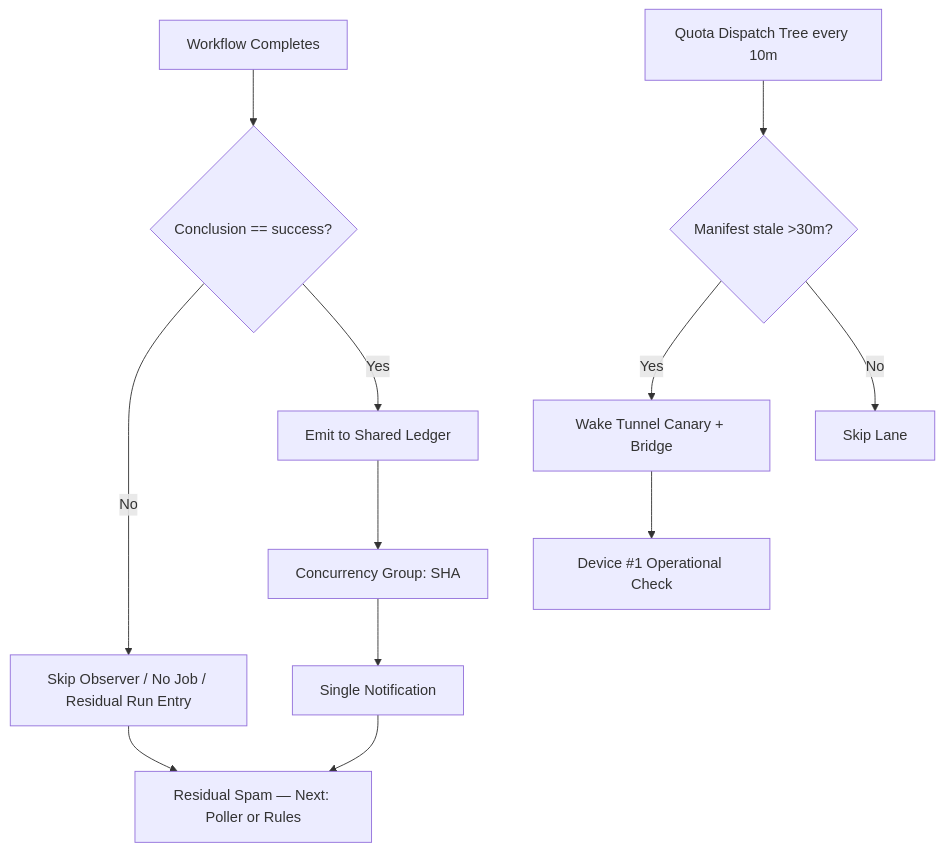
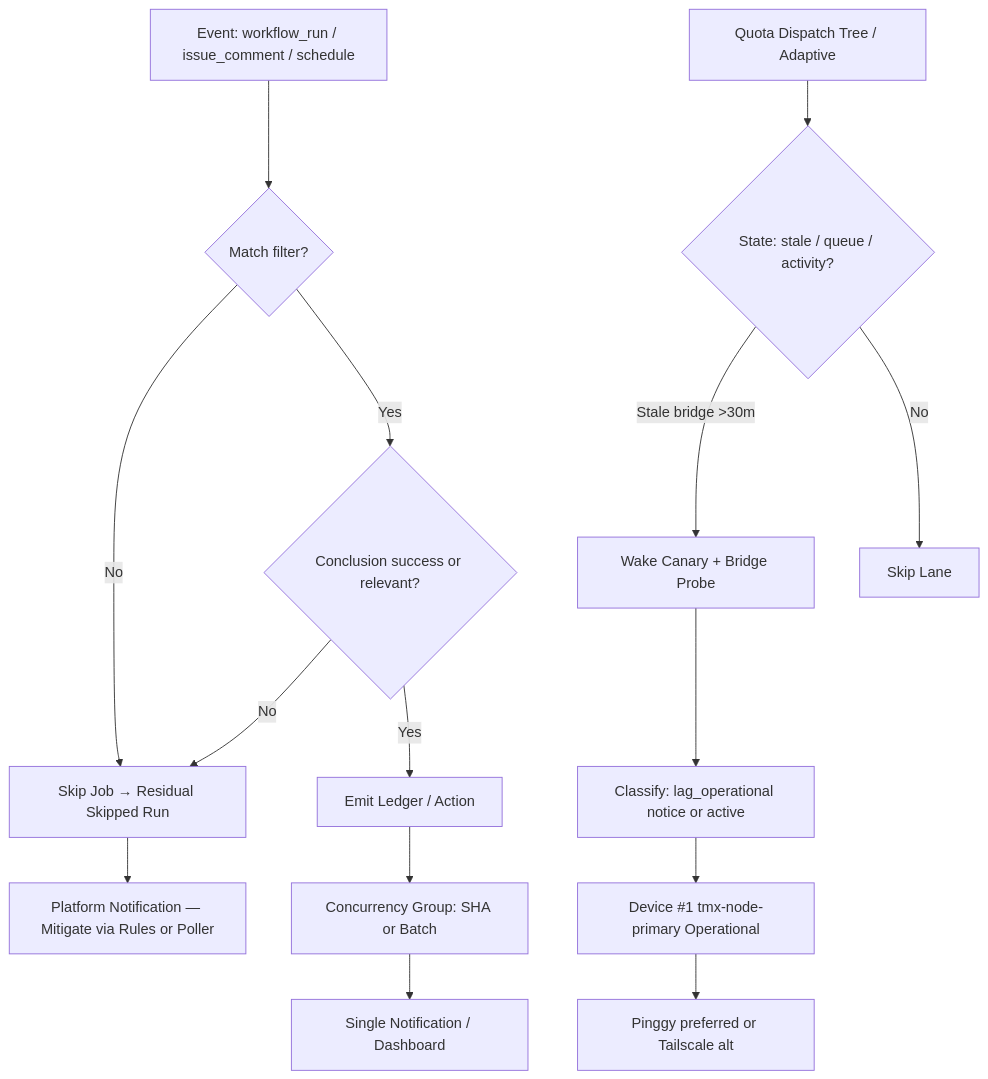
The diagram in docs/ops/ACTIONS-MATRIX.md (timerloggedout-spec/termux-monorepo), drawn with Mermaid before and after one commit. The commit also changed other lines of this file, not shown here.

Commit message:
ops(matrix): enhanced refresh — residual skip/cancel mitigation, adaptive cadence, Pinggy operational requirement, 3L0 telemetry notes

````diff
--- a/docs/ops/ACTIONS-MATRIX.md
+++ b/docs/ops/ACTIONS-MATRIX.md
@@ -42,14 +44,17 @@
 ```mermaid
 flowchart TD
-    A[Workflow Completes] --> B{Conclusion == success?}
-    B -->|No| C[Skip Observer / No Job / Residual Run Entry]
-    B -->|Yes| D[Emit to Shared Ledger]
-    D --> E[Concurrency Group: SHA]
-    E --> F[Single Notification]
-    C --> G[Residual Spam — Next: Poller or Rules]
-    F --> G
-    H[Quota Dispatch Tree every 10m] --> I{Manifest stale >30m?}
-    I -->|Yes| J[Wake Tunnel Canary + Bridge]
-    I -->|No| K[Skip Lane]
-    J --> L[Device #1 Operational Check]
+    A[Event: workflow_run / issue_comment / schedule] --> B{Match filter?}
+    B -->|No| C[Skip Job → Residual Skipped Run]
+    B -->|Yes| D{Conclusion success or relevant?}
+    D -->|No| C
+    D -->|Yes| E[Emit Ledger / Action]
+    E --> F[Concurrency Group: SHA or Batch]
+    F --> G[Single Notification / Dashboard]
+    C --> H[Platform Notification — Mitigate via Rules or Poller]
+    I[Quota Dispatch Tree / Adaptive] --> J{State: stale / queue / activity?}
+    J -->|Stale bridge >30m| K[Wake Canary + Bridge Probe]
+    J -->|No| L[Skip Lane]
+    K --> M[Classify: lag_operational notice or active]
+    M --> N[Device #1 tmx-node-primary Operational]
+    N --> O[Pinggy preferred or Tailscale alt]
 ```
````
